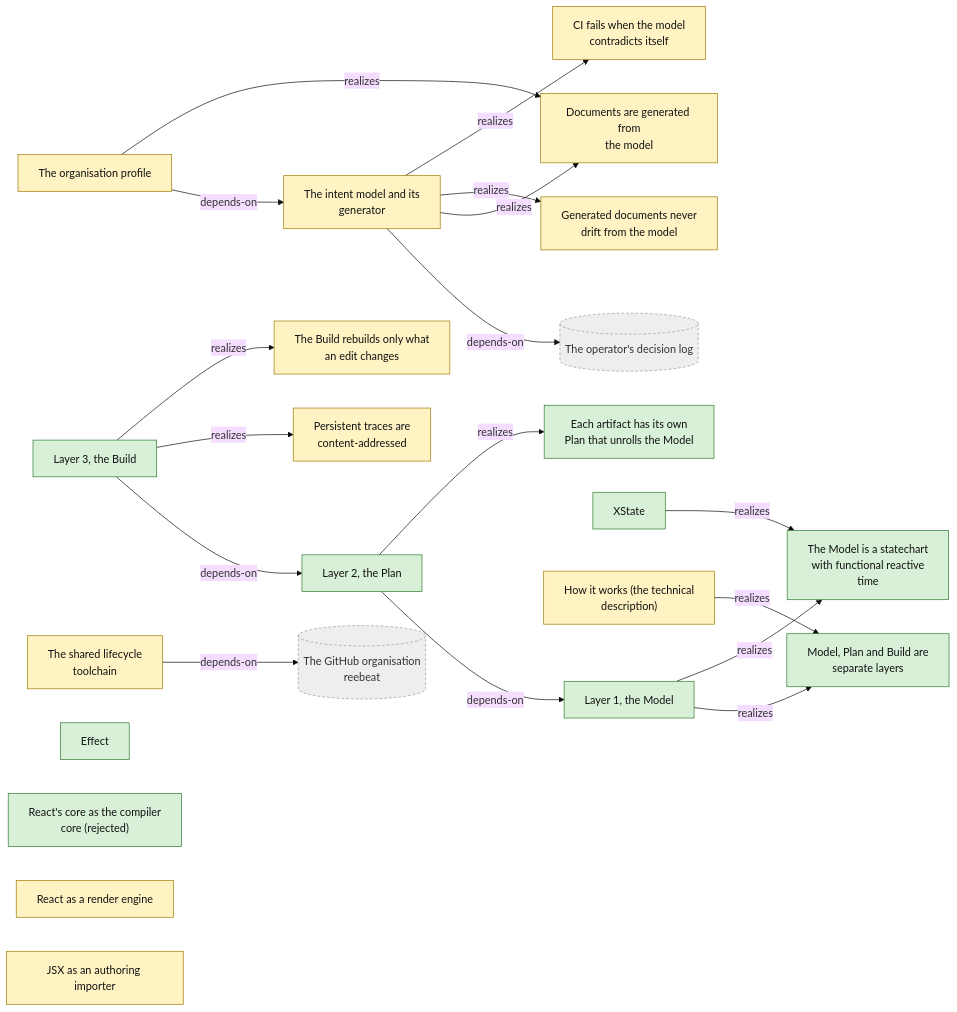
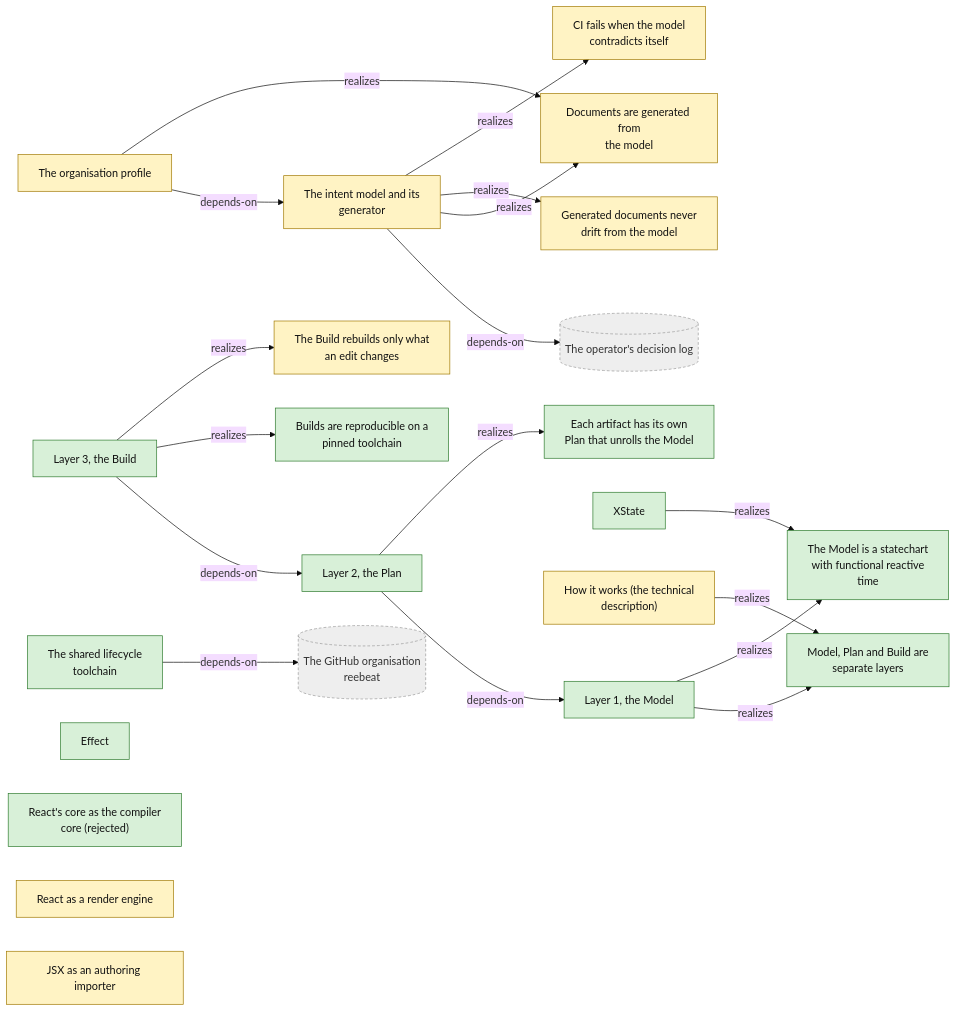
One commit to reebeat/.github changed the first of 8 diagrams in docs/technical-components.md. Above: the diagram before and after it, drawn with Mermaid (base theme). The commit also changed other lines of this file and 59 other files, not shown here.

````diff
--- a/docs/technical-components.md
+++ b/docs/technical-components.md
@@ -13,45 +13,45 @@
 ```mermaid
 flowchart LR
     classDef decided fill:#d8f0d8,stroke:#2d7a2d,color:#111
     classDef proposed fill:#fff3c4,stroke:#a07800,color:#111
     classDef open fill:#f8d7d7,stroke:#a02020,color:#111
     classDef outside fill:#eee,stroke:#999,color:#333,stroke-dasharray:4 3
     isgoal_org_docs_generated_from_model["Documents are generated from<br/>the model"]:::proposed
     req_org_intent_checks["CI fails when the model<br/>contradicts itself"]:::proposed
     req_org_model_drift["Generated documents never<br/>drift from the model"]:::proposed
     comp_org_intent_model["The intent model and its<br/>generator"]:::proposed
     comp_org_profile["The organisation profile"]:::proposed
-    comp_org_lifecycle_toolchain["The shared lifecycle<br/>toolchain"]:::proposed
+    comp_org_lifecycle_toolchain["The shared lifecycle<br/>toolchain"]:::decided
     isgoal_org_three_layers["Model, Plan and Build are<br/>separate layers"]:::decided
     req_org_model_statechart_time["The Model is a statechart<br/>with functional reactive<br/>time"]:::decided
     req_org_plan_per_artifact["Each artifact has its own<br/>Plan that unrolls the Model"]:::decided
     req_org_build_incremental["The Build rebuilds only what<br/>an edit changes"]:::proposed
-    req_org_build_reproducible["Persistent traces are<br/>content-addressed"]:::proposed
+    req_org_build_reproducible["Builds are reproducible on a<br/>pinned toolchain"]:::decided
     comp_org_layer_model["Layer 1, the Model"]:::decided
     comp_org_layer_plan["Layer 2, the Plan"]:::decided
     comp_org_layer_build["Layer 3, the Build"]:::decided
     comp_org_effect["Effect"]:::decided
     comp_org_xstate["XState"]:::decided
     comp_org_react_core_compiler["React's core as the compiler<br/>core (rejected)"]:::decided
     comp_org_react_render_engine["React as a render engine"]:::proposed
     comp_org_jsx_importer["JSX as an authoring importer"]:::proposed
     comp_org_how_it_works["How it works (the technical<br/>description)"]:::proposed
     resource_decision_log[("The operator's decision log")]:::outside
     resource_github_org[("The GitHub organisation<br/>reebeat")]:::outside
     comp_org_intent_model -->|realizes| req_org_intent_checks
     comp_org_intent_model -->|realizes| req_org_model_drift
     comp_org_intent_model -->|realizes| isgoal_org_docs_generated_from_model
     comp_org_intent_model -->|depends-on| resource_decision_log
     comp_org_profile -->|realizes| isgoal_org_docs_generated_from_model
     comp_org_profile -->|depends-on| comp_org_intent_model
     comp_org_lifecycle_toolchain -->|depends-on| resource_github_org
     comp_org_layer_model -->|realizes| req_org_model_statechart_time
     comp_org_layer_model -->|realizes| isgoal_org_three_layers
     comp_org_layer_plan -->|realizes| req_org_plan_per_artifact
     comp_org_layer_plan -->|depends-on| comp_org_layer_model
     comp_org_layer_build -->|realizes| req_org_build_incremental
     comp_org_layer_build -->|realizes| req_org_build_reproducible
     comp_org_layer_build -->|depends-on| comp_org_layer_plan
     comp_org_xstate -->|realizes| req_org_model_statechart_time
     comp_org_how_it_works -->|realizes| isgoal_org_three_layers
 ```
````
